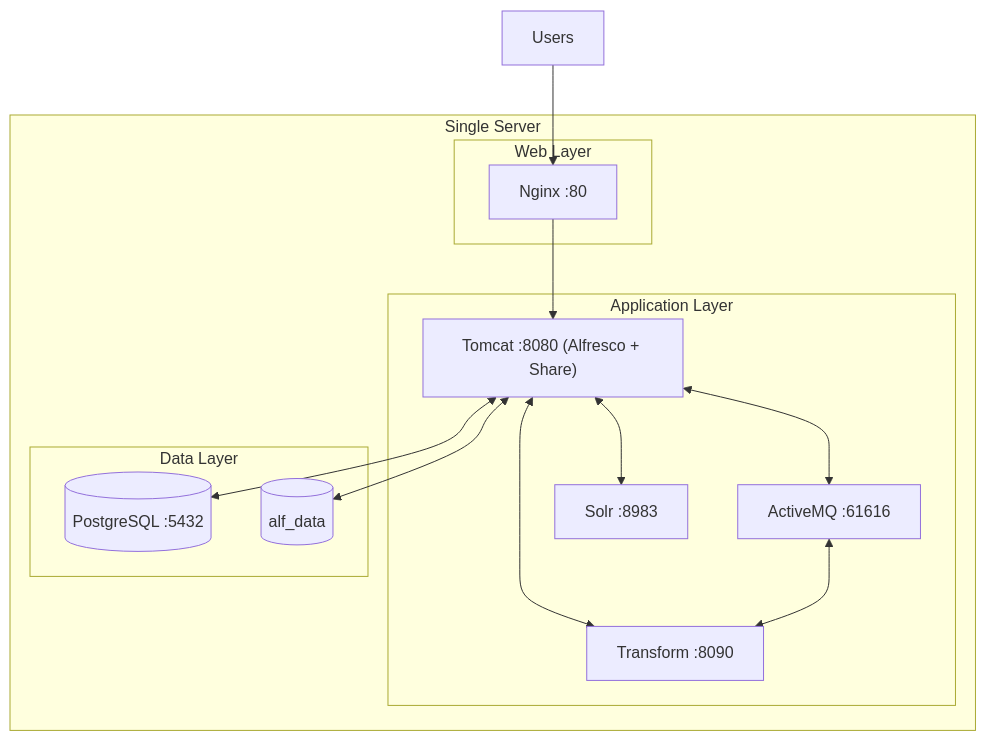
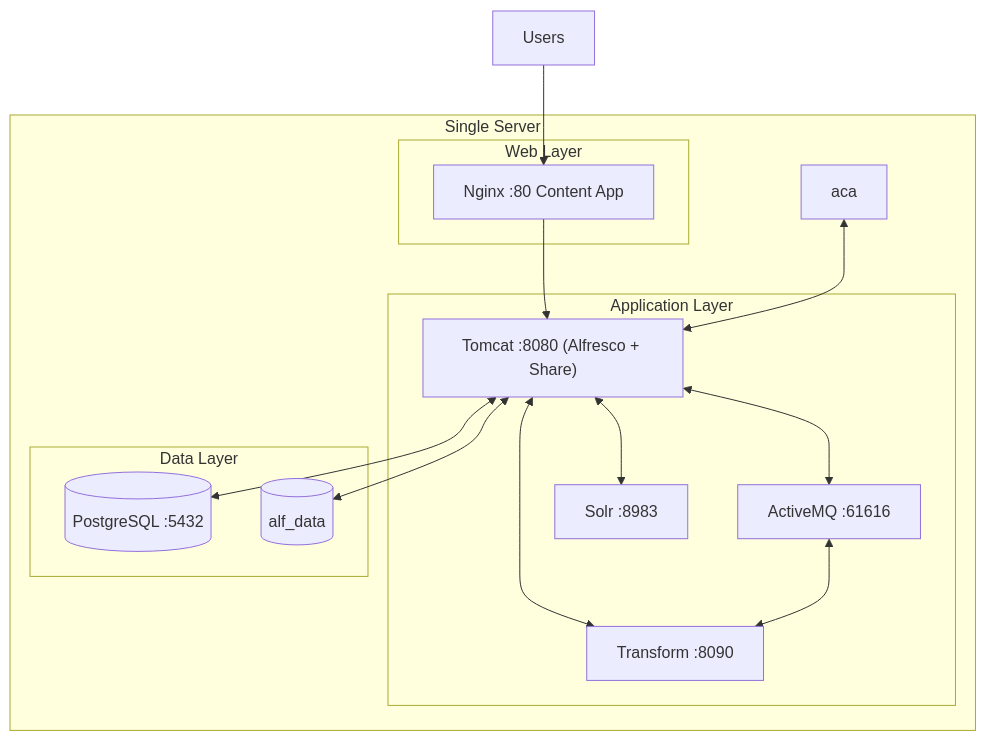
One commit to aborroy/alfresco-ubuntu-installer changed the fourth of 7 diagrams in README.md. Above: the diagram before and after it, drawn with Mermaid.

````diff
--- a/README.md
+++ b/README.md
@@ -559,30 +559,31 @@
 ```mermaid
 flowchart TB
     subgraph server["Single Server"]
         subgraph web["Web Layer"]
-            nginx["Nginx :80"]
+            nginx["Nginx :80 Content App"]
         end
         
         subgraph application["Application Layer"]
             tomcat["Tomcat :8080 (Alfresco + Share)"]
             transform["Transform :8090"]
             activemq["ActiveMQ :61616"]
             solr["Solr :8983"]
         end
         
         subgraph database["Data Layer"]
             postgres[("PostgreSQL :5432")]
             content[("alf_data")]
         end
         
         nginx --> tomcat
+        aca <--> tomcat
         tomcat <--> postgres
         tomcat <--> content
         tomcat <--> activemq
         tomcat <--> solr
         tomcat <--> transform
         activemq <--> transform
     end
     
     users["Users"] --> nginx
 ```
````
